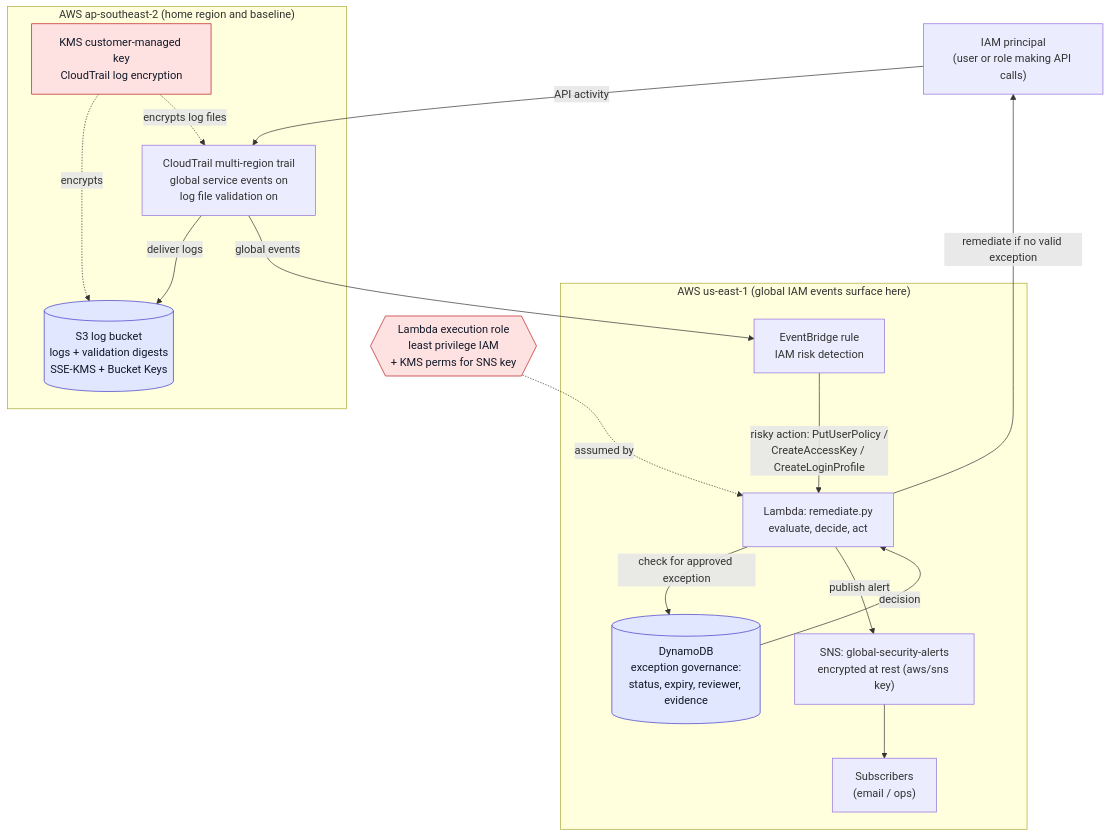
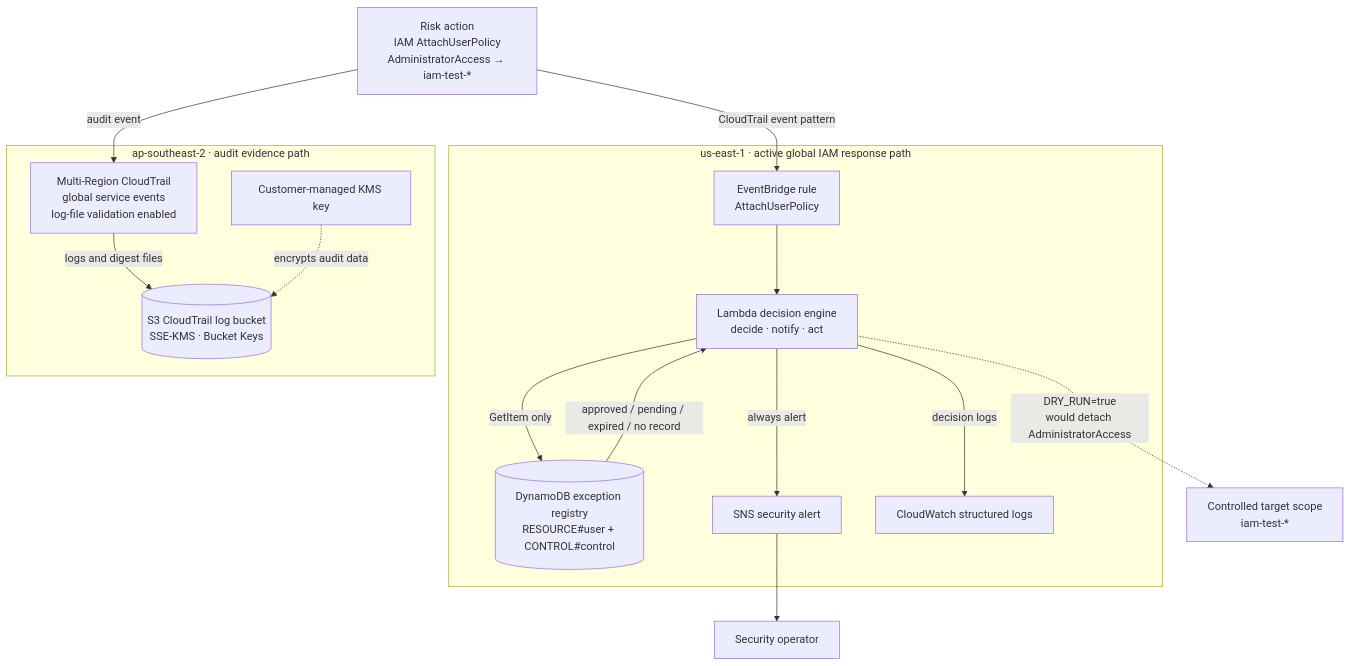
Before and after one commit to Luekrit/Cloud-Security-Automation: the diagram in README.md, drawn with Mermaid. The commit also changed other lines of this file and 67 other files, not shown here.

First line of the commit message:
Complete Phase 4 DynamoDB exception governance

````diff
--- a/README.md
+++ b/README.md
@@ -77,38 +71,37 @@
 ```mermaid
 flowchart TB
-    ACTOR["IAM principal<br/>(user or role making API calls)"]
+    API["Risk action<br/>IAM AttachUserPolicy<br/>AdministratorAccess → iam-test-*"]
 
-    subgraph USE1["AWS us-east-1 (global IAM events surface here)"]
-        EB["EventBridge rule<br/>IAM risk detection"]
-        LAM["Lambda: remediate.py<br/>evaluate, decide, act"]
-        DDB[("DynamoDB<br/>exception governance:<br/>status, expiry, reviewer, evidence")]
-        SNS["SNS: global-security-alerts<br/>encrypted at rest (aws/sns key)"]
-        SUB["Subscribers<br/>(email / ops)"]
+    subgraph USE1["us-east-1 · active global IAM response path"]
+        EB["EventBridge rule<br/>AttachUserPolicy"]
+        LAM["Lambda decision engine<br/>decide · notify · act"]
+        DDB[("DynamoDB exception registry<br/>RESOURCE#user + CONTROL#control")]
+        SNS["SNS security alert"]
+        CW["CloudWatch structured logs"]
     end
 
-    subgraph APSE2["AWS ap-southeast-2 (home region and baseline)"]
-        CT["CloudTrail multi-region trail<br/>global service events on<br/>log file validation on"]
-        S3[("S3 log bucket<br/>logs + validation digests<br/>SSE-KMS + Bucket Keys")]
-        KCT["KMS customer-managed key<br/>CloudTrail log encryption"]
+    subgraph APSE2["ap-southeast-2 · audit evidence path"]
+        CT["Multi-Region CloudTrail<br/>global service events<br/>log-file validation enabled"]
+        S3[("S3 CloudTrail log bucket<br/>SSE-KMS · Bucket Keys")]
+        KMS["Customer-managed KMS key"]
     end
 
-    ROLE{{"Lambda execution role<br/>least privilege IAM<br/>+ KMS perms for SNS key"}}
+    TARGET["Controlled target scope<br/>iam-test-*"]
+    OPS["Security operator"]
 
-    ACTOR -->|API activity| CT
-    CT -->|deliver logs| S3
-    KCT -.->|encrypts| S3
-    KCT -.->|encrypts log files| CT
-    CT -->|global events| EB
-    EB -->|risky action: PutUserPolicy /<br/>CreateAccessKey / CreateLoginProfile| LAM
-    LAM -->|check for approved exception| DDB
-    DDB -->|decision| LAM
-    LAM -->|remediate if no valid exception| ACTOR
-    LAM -->|publish alert| SNS
-    SNS --> SUB
-    ROLE -.->|assumed by| LAM
+    API -->|"CloudTrail event pattern"| EB
+    API -->|"audit event"| CT
+    EB --> LAM
 
-    classDef store fill:#e0e7ff,stroke:#4338ca,color:#111827;
-    classDef sec fill:#fee2e2,stroke:#b91c1c,color:#111827;
-    class DDB,S3 store;
-    class KCT,ROLE sec;
+    LAM -->|"GetItem only"| DDB
+    DDB -->|"approved / pending / expired / no record"| LAM
+
+    LAM -->|"always alert"| SNS
+    LAM -->|"decision logs"| CW
+    SNS --> OPS
+
+    LAM -.->|"DRY_RUN=true<br/>would detach AdministratorAccess"| TARGET
+
+    CT -->|"logs and digest files"| S3
+    KMS -.->|"encrypts audit data"| S3
 ```
````
